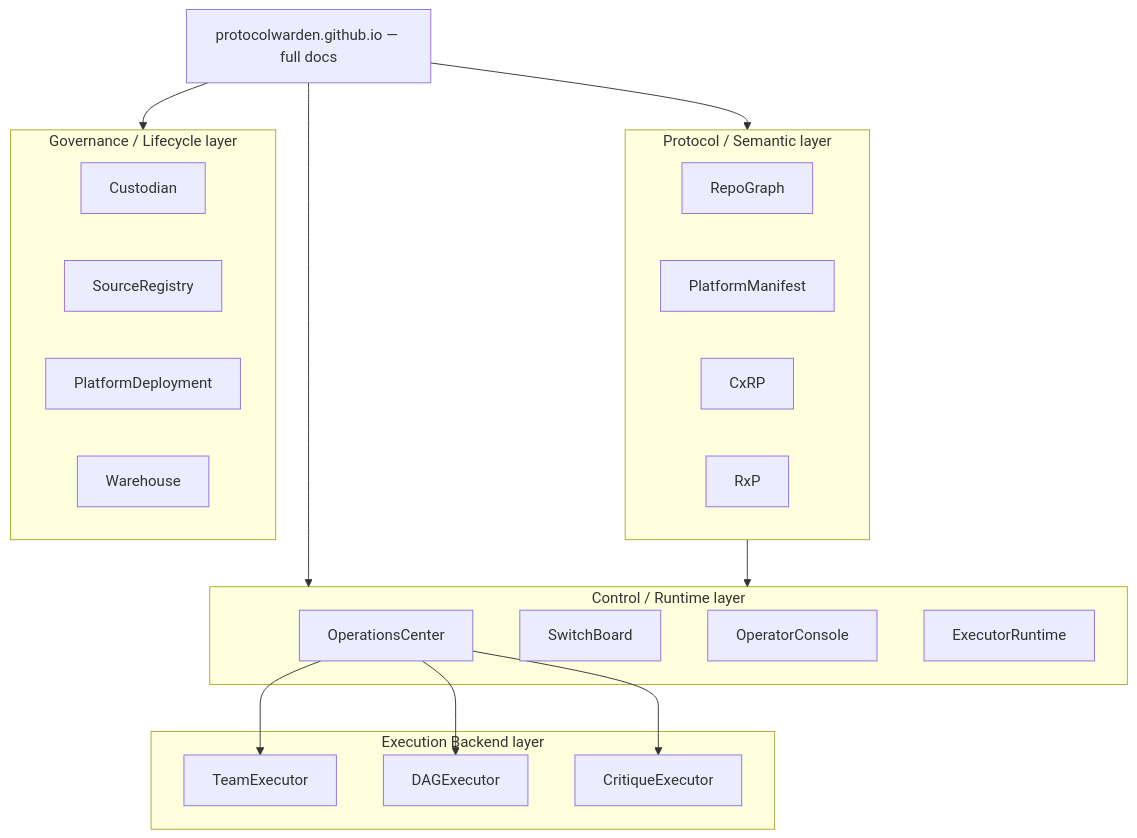
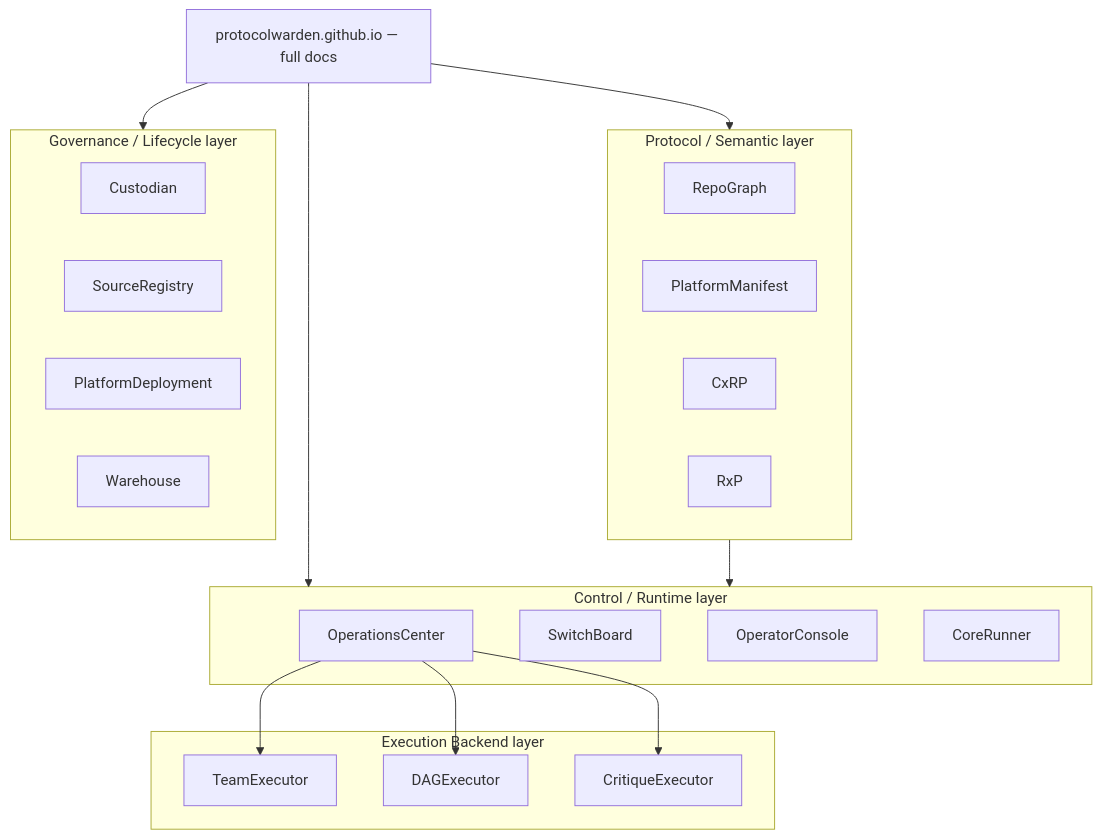
The diagram in README.md (ProtocolWarden/ProtocolWarden), drawn with Mermaid before and after one commit. The commit also changed other lines of this file, not shown here.

Commit message:
chore: rename ExecutorRuntime → CoreRunner in org README
Update Mermaid diagram label and repo table entry.

````diff
--- a/README.md
+++ b/README.md
@@ -16,39 +16,39 @@
 ```mermaid
 graph TD
     DOCS["protocolwarden.github.io — full docs"]
 
     subgraph proto ["Protocol / Semantic layer"]
         RG[RepoGraph]
         PM[PlatformManifest]
         CX[CxRP]
         RX[RxP]
     end
 
     subgraph ctrl ["Control / Runtime layer"]
         OPS[OperationsCenter]
         SB[SwitchBoard]
         OC[OperatorConsole]
-        ER[ExecutorRuntime]
+        ER[CoreRunner]
     end
 
     subgraph exec ["Execution Backend layer"]
         TE[TeamExecutor]
         DE[DAGExecutor]
         CE[CritiqueExecutor]
     end
 
     subgraph gov ["Governance / Lifecycle layer"]
         CU[Custodian]
         SR[SourceRegistry]
         PD[PlatformDeployment]
         WH[Warehouse]
     end
 
     DOCS --> proto
     DOCS --> ctrl
     DOCS --> gov
     proto --> ctrl
     OPS --> TE
     OPS --> DE
     OPS --> CE
 ```
````
